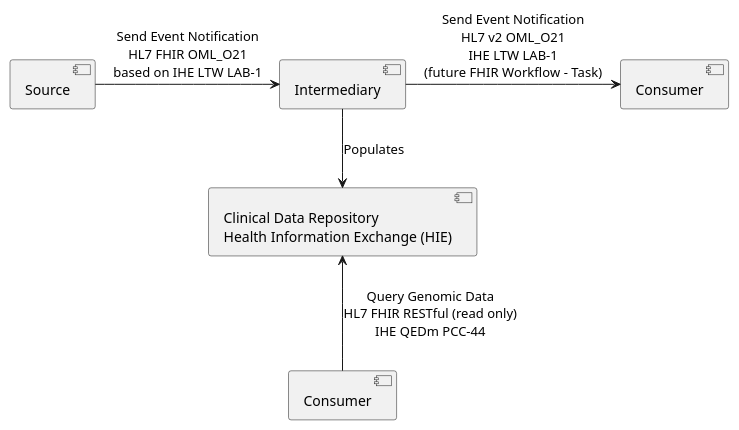
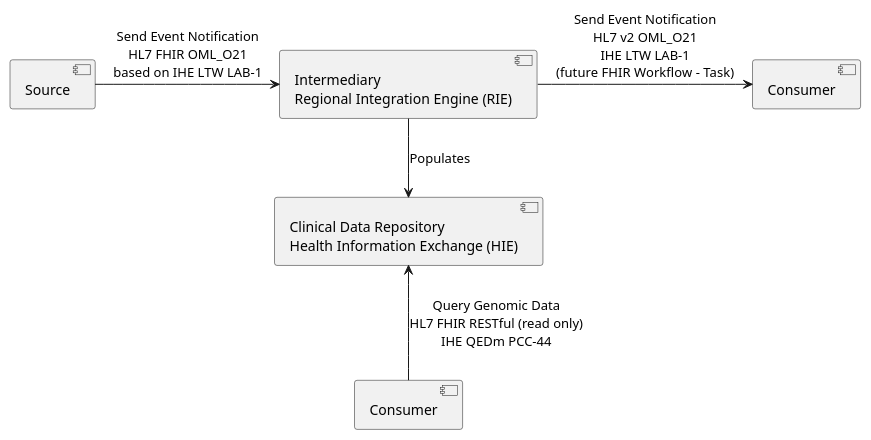
The diagram in input/images-source/architecture-laboratory-order.plantuml (uk-gov-mirror/nw-gmsa.nw-gmsa.github.com), drawn with PlantUML before and after one commit. The commit also changed 1 other file, not shown here.

```diff
--- a/input/images-source/architecture-laboratory-order.plantuml
+++ b/input/images-source/architecture-laboratory-order.plantuml
@@ -1,15 +1,15 @@
 @startuml
 
  component "Source" as LIMS
  component "Consumer" as EPR
  component "Consumer" as HIE
- component "Intermediary" as TIE
+ component "Intermediary\nRegional Integration Engine (RIE)" as TIE
  component "Clinical Data Repository\nHealth Information Exchange (HIE)" as CDR
 
  LIMS -r-> TIE : Send Event Notification\nHL7 FHIR OML_O21\nbased on IHE LTW LAB-1
  TIE -r-> EPR: Send Event Notification\nHL7 v2 OML_O21\nIHE LTW LAB-1\n(future FHIR Workflow - Task)
  TIE -d-> CDR: Populates
  HIE -u-> CDR: Query Genomic Data\nHL7 FHIR RESTful (read only)\nIHE QEDm PCC-44
 
 
 @enduml
```
